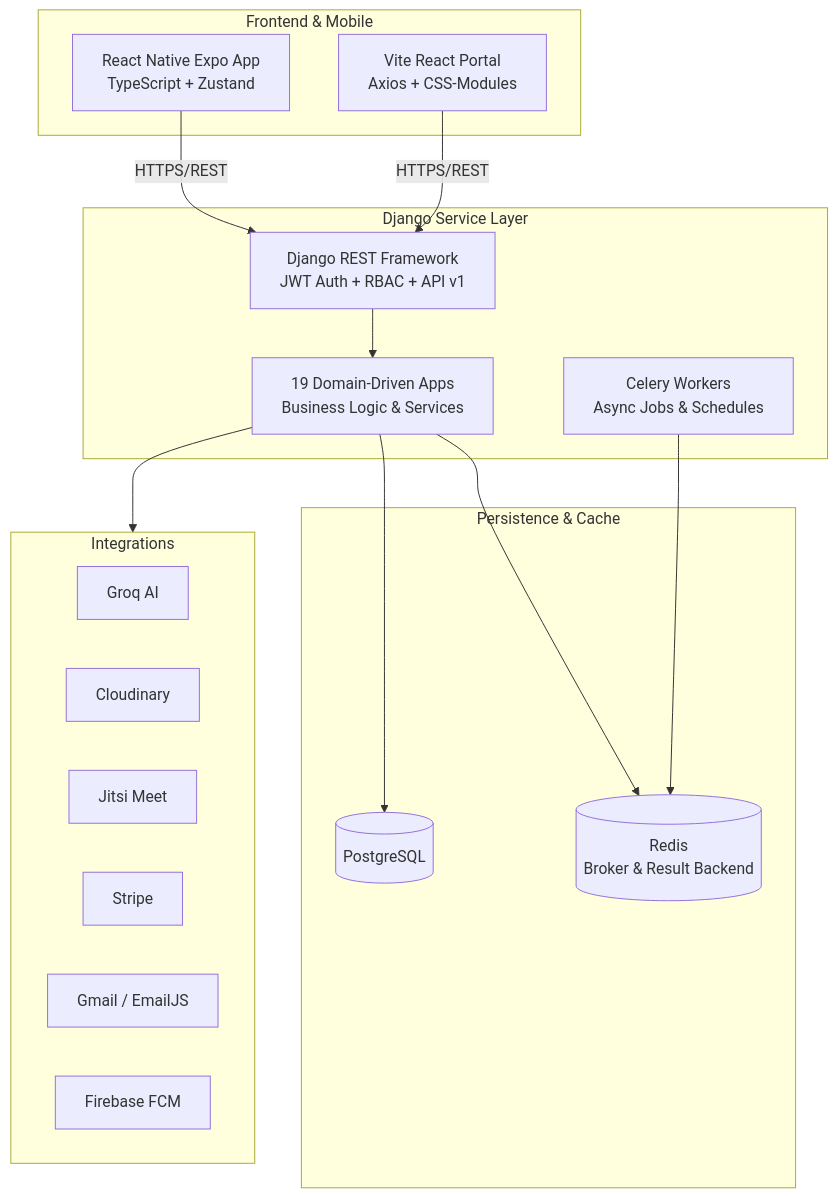
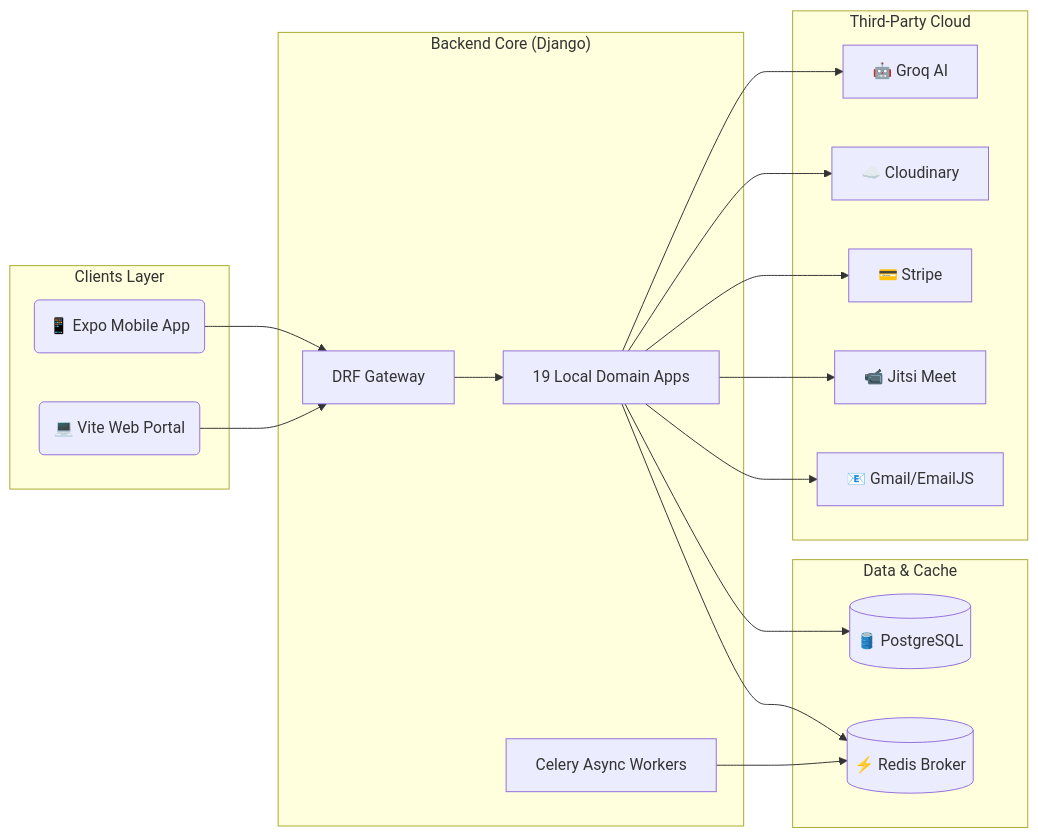
Before and after one commit to adi-0903/E-learningApp-MentIQ: the diagram in README.md, drawn with Mermaid. The commit also changed other lines of this file, not shown here.

````diff
--- a/README.md
+++ b/README.md
@@ -74,35 +101,38 @@
 ```mermaid
-flowchart TB
-    subgraph Clients[Frontend & Mobile]
-        Mobile[React Native Expo App\nTypeScript + Zustand]
-        Web[Vite React Portal\nAxios + CSS-Modules]
+graph LR
+    subgraph "Clients Layer"
+        Mobile(📱 Expo Mobile App)
+        Web(💻 Vite Web Portal)
     end
 
-    subgraph API[Django Service Layer]
-        DRF[Django REST Framework\nJWT Auth + RBAC + API v1]
-        Logic[19 Domain-Driven Apps\nBusiness Logic & Services]
-        Tasks[Celery Workers\nAsync Jobs & Schedules]
+    subgraph "Backend Core (Django)"
+        API[DRF Gateway]
+        Apps[19 Local Domain Apps]
+        Tasks[Celery Async Workers]
     end
 
-    subgraph Data[Persistence & Cache]
-        DB[(PostgreSQL)]
-        Redis[(Redis\nBroker & Result Backend)]
+    subgraph "Data & Cache"
+        DB[(🛢️ PostgreSQL)]
+        Redis[(⚡ Redis Broker)]
     end
 
-    subgraph External[Integrations]
-        LLM[Groq AI]
-        Media[Cloudinary]
-        Live[Jitsi Meet]
-        Pay[Stripe]
-        Email[Gmail / EmailJS]
-        Notify[Firebase FCM]
+    subgraph "Third-Party Cloud"
+        Groq[🤖 Groq AI]
+        Media[☁️ Cloudinary]
+        Stripe[💳 Stripe]
+        Jitsi[📹 Jitsi Meet]
+        Mail[📧 Gmail/EmailJS]
     end
 
-    Mobile -->|HTTPS/REST| DRF
-    Web -->|HTTPS/REST| DRF
-    DRF --> Logic
-    Logic --> DB
-    Logic --> Redis
+    Mobile --> API
+    Web --> API
+    API --> Apps
+    Apps --> DB
+    Apps --> Redis
     Tasks --> Redis
-    Logic --> External
+    Apps --> Groq
+    Apps --> Media
+    Apps --> Stripe
+    Apps --> Jitsi
+    Apps --> Mail
 ```
````
